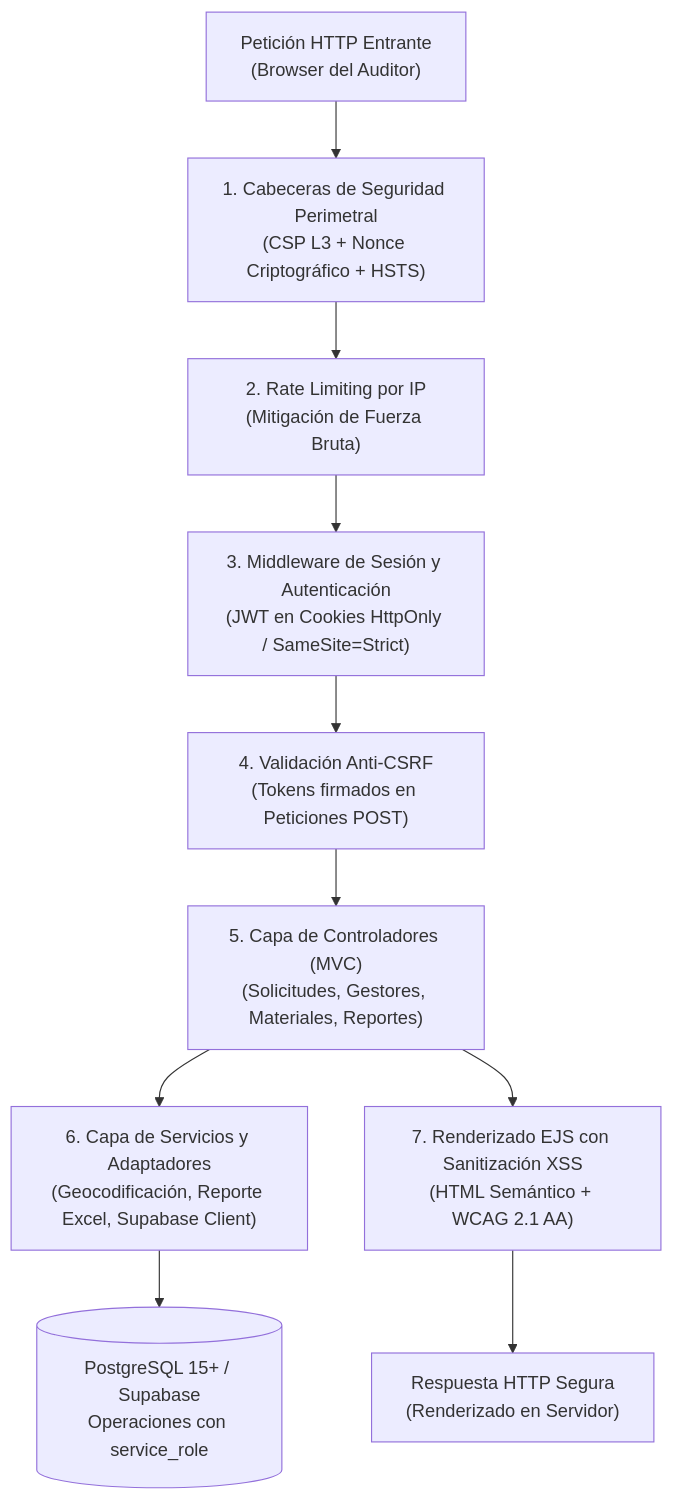
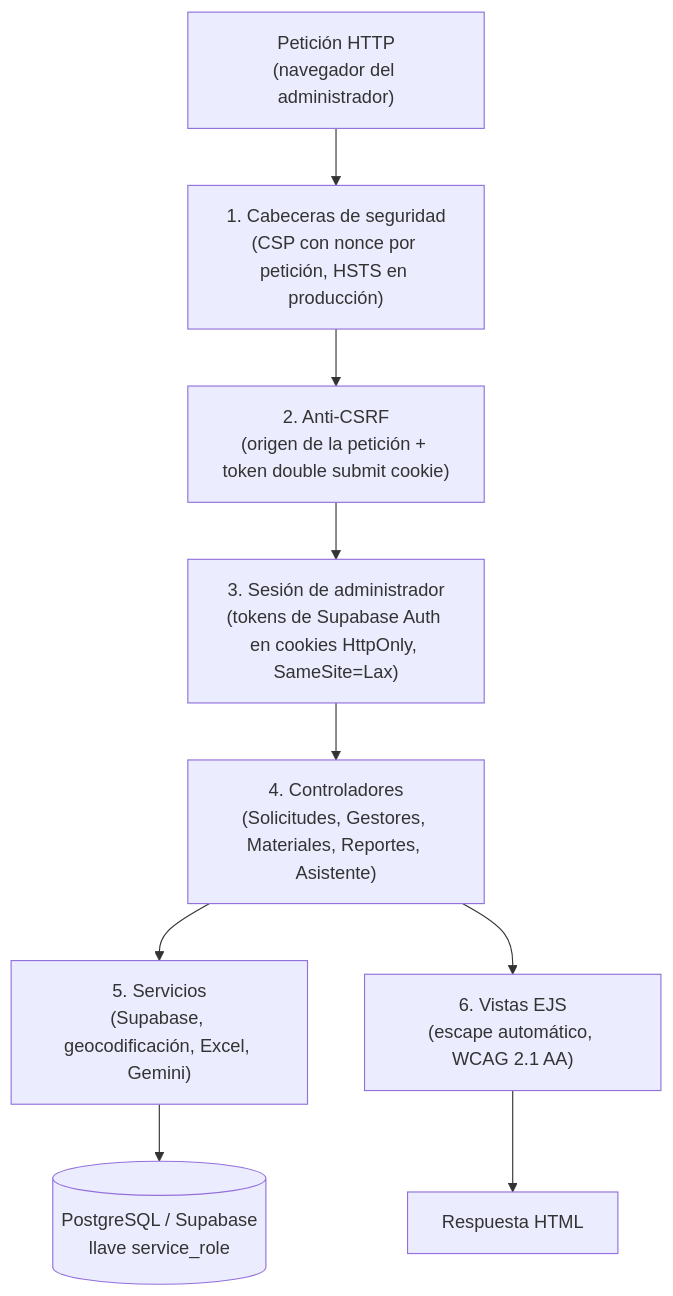
One commit to C3RLOSMORENO/EcoResiduos changed the diagram in admin-panel/README.md. Above: the diagram before and after it, drawn with Mermaid. The commit also changed other lines of this file and 43 other files, not shown here.

````diff
--- a/admin-panel/README.md
+++ b/admin-panel/README.md
@@ -36,14 +38,11 @@
 ```mermaid
 flowchart TD
-    REQ["Petición HTTP Entrante<br/>(Browser del Auditor)"] --> SEC_HEADERS["1. Cabeceras de Seguridad Perimetral<br/>(CSP L3 + Nonce Criptográfico + HSTS)"]
-    SEC_HEADERS --> RATE_LIMIT["2. Rate Limiting por IP<br/>(Mitigación de Fuerza Bruta)"]
-    RATE_LIMIT --> AUTH_MID["3. Middleware de Sesión y Autenticación<br/>(JWT en Cookies HttpOnly / SameSite=Strict)"]
-    AUTH_MID --> CSRF_MID["4. Validación Anti-CSRF<br/>(Tokens firmados en Peticiones POST)"]
-    CSRF_MID --> CONTROLLER["5. Capa de Controladores (MVC)<br/>(Solicitudes, Gestores, Materiales, Reportes)"]
-    
-    CONTROLLER --> SERVICE["6. Capa de Servicios y Adaptadores<br/>(Geocodificación, Reporte Excel, Supabase Client)"]
-    SERVICE --> DB[(PostgreSQL 15+ / Supabase<br/>Operaciones con service_role)]
-    
-    CONTROLLER --> EJS_VIEW["7. Renderizado EJS con Sanitización XSS<br/>(HTML Semántico + WCAG 2.1 AA)"]
-    EJS_VIEW --> RESP["Respuesta HTTP Segura<br/>(Renderizado en Servidor)"]
+    REQ["Petición HTTP<br/>(navegador del administrador)"] --> SEC_HEADERS["1. Cabeceras de seguridad<br/>(CSP con nonce por petición, HSTS en producción)"]
+    SEC_HEADERS --> CSRF_MID["2. Anti-CSRF<br/>(origen de la petición + token double submit cookie)"]
+    CSRF_MID --> AUTH_MID["3. Sesión de administrador<br/>(tokens de Supabase Auth en cookies HttpOnly, SameSite=Lax)"]
+    AUTH_MID --> CONTROLLER["4. Controladores<br/>(Solicitudes, Gestores, Materiales, Reportes, Asistente)"]
+    CONTROLLER --> SERVICE["5. Servicios<br/>(Supabase, geocodificación, Excel, Gemini)"]
+    SERVICE --> DB[(PostgreSQL / Supabase<br/>llave service_role)]
+    CONTROLLER --> EJS_VIEW["6. Vistas EJS<br/>(escape automático, WCAG 2.1 AA)"]
+    EJS_VIEW --> RESP["Respuesta HTML"]
 ```
````
